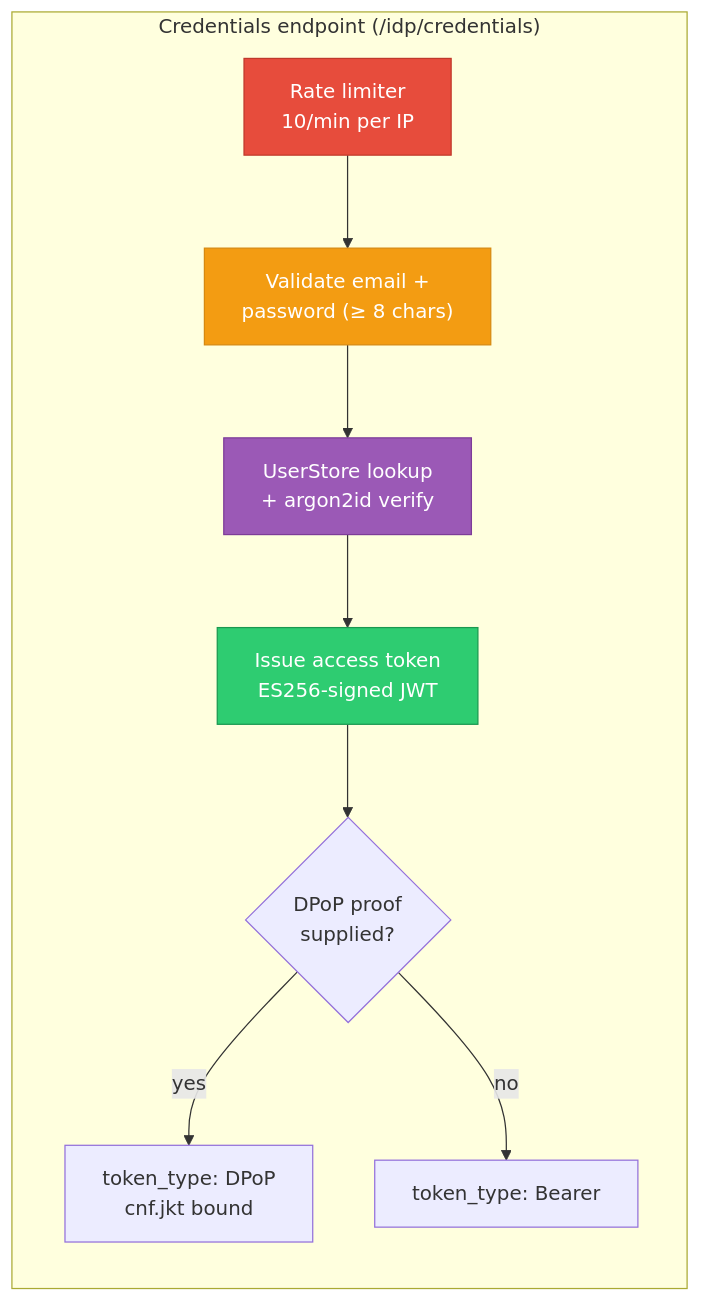
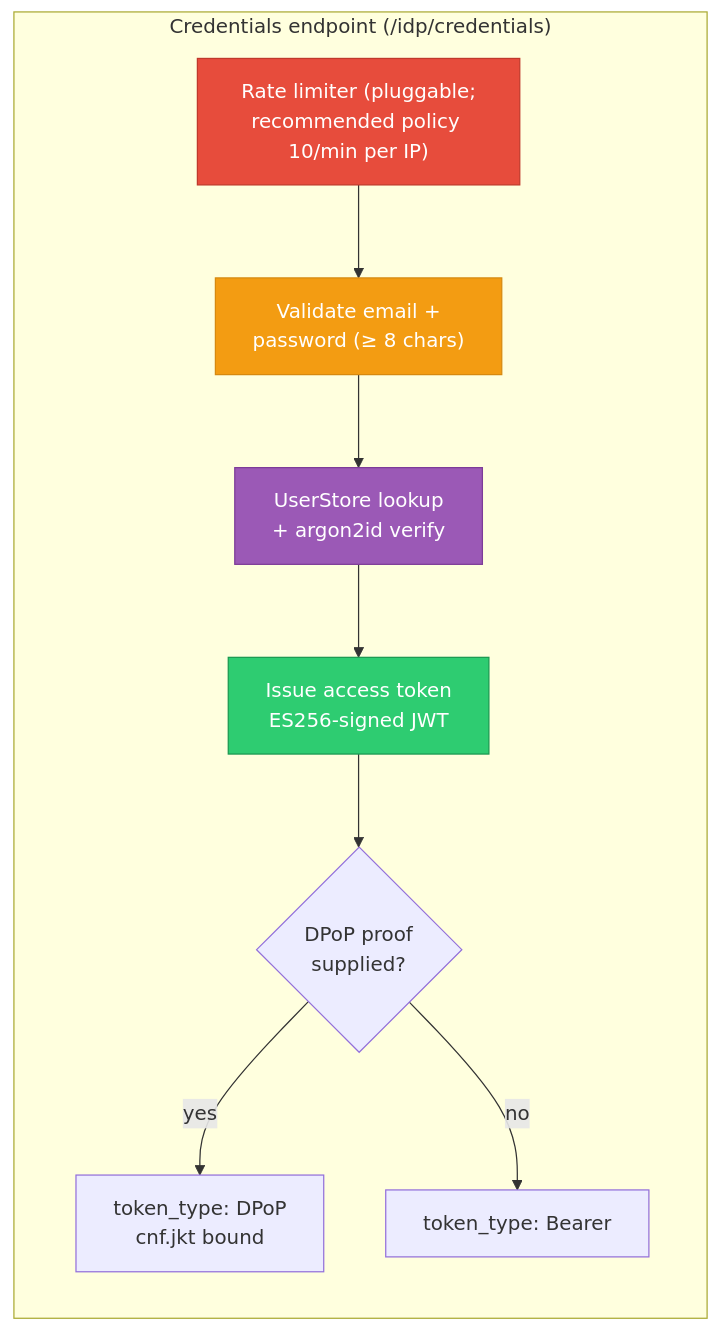
One commit to DreamLab-AI/solid-pod-rs changed the second of 2 diagrams in crates/solid-pod-rs-idp/README.md. Above: the diagram before and after it, drawn with Mermaid. The commit also changed other lines of this file and 12 other files, not shown here.

First line of the commit message:
docs(diagrams): verify mermaid diagrams against crate code; correct drifted claims

````diff
--- a/crates/solid-pod-rs-idp/README.md
+++ b/crates/solid-pod-rs-idp/README.md
@@ -87,17 +86,17 @@
 ```mermaid
 flowchart LR
     subgraph cred ["Credentials endpoint (/idp/credentials)"]
         direction TB
-        RL["Rate limiter<br/>10/min per IP"] --> VAL["Validate email +<br/>password (≥ 8 chars)"]
+        RL["Rate limiter (pluggable;<br/>recommended policy 10/min per IP)"] --> VAL["Validate email +<br/>password (≥ 8 chars)"]
         VAL --> AUTH["UserStore lookup<br/>+ argon2id verify"]
         AUTH --> TOK["Issue access token<br/>ES256-signed JWT"]
         TOK --> BIND{"DPoP proof<br/>supplied?"}
         BIND -->|yes| DPOP["token_type: DPoP<br/>cnf.jkt bound"]
         BIND -->|no| BEARER["token_type: Bearer"]
     end
 
     style RL fill:#e74c3c,stroke:#c0392b,color:#fff
     style VAL fill:#f39c12,stroke:#d68910,color:#fff
     style AUTH fill:#9b59b6,stroke:#7d3c98,color:#fff
     style TOK fill:#2ecc71,stroke:#1a9850,color:#fff
 ```
````
